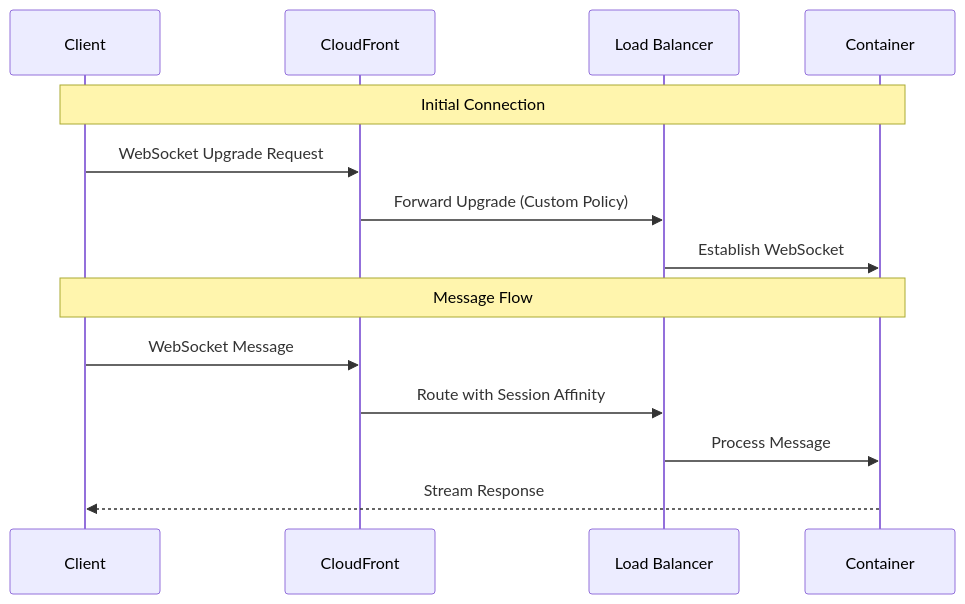
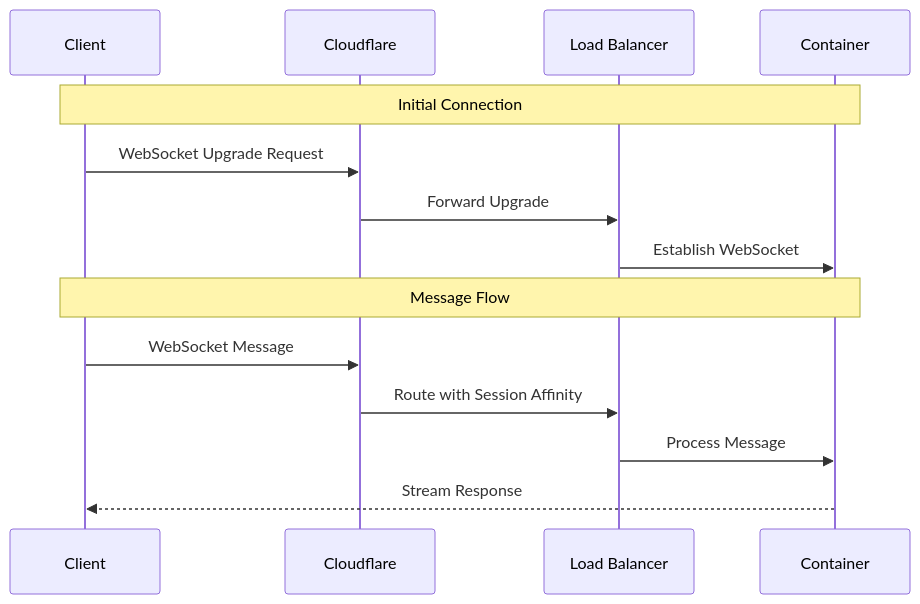
One commit to laialex501/lorechat-cdk changed the third of 6 diagrams in README.md. Above: the diagram before and after it, drawn with Mermaid. The commit also changed other lines of this file and 9 other files, not shown here.

Commit message:
Migrate from CloudFront to Cloudflare

````diff
--- a/README.md
+++ b/README.md
@@ -212,18 +220,18 @@
 ```mermaid
 sequenceDiagram
     participant Client
-    participant CF as CloudFront
+    participant CF as Cloudflare
     participant ALB as Load Balancer
     participant ECS as Container
     
     Note over Client,ECS: Initial Connection
     Client->>CF: WebSocket Upgrade Request
-    CF->>ALB: Forward Upgrade (Custom Policy)
+    CF->>ALB: Forward Upgrade
     ALB->>ECS: Establish WebSocket
     
     Note over Client,ECS: Message Flow
     Client->>CF: WebSocket Message
     CF->>ALB: Route with Session Affinity
     ALB->>ECS: Process Message
     ECS-->>Client: Stream Response
 ```
````
